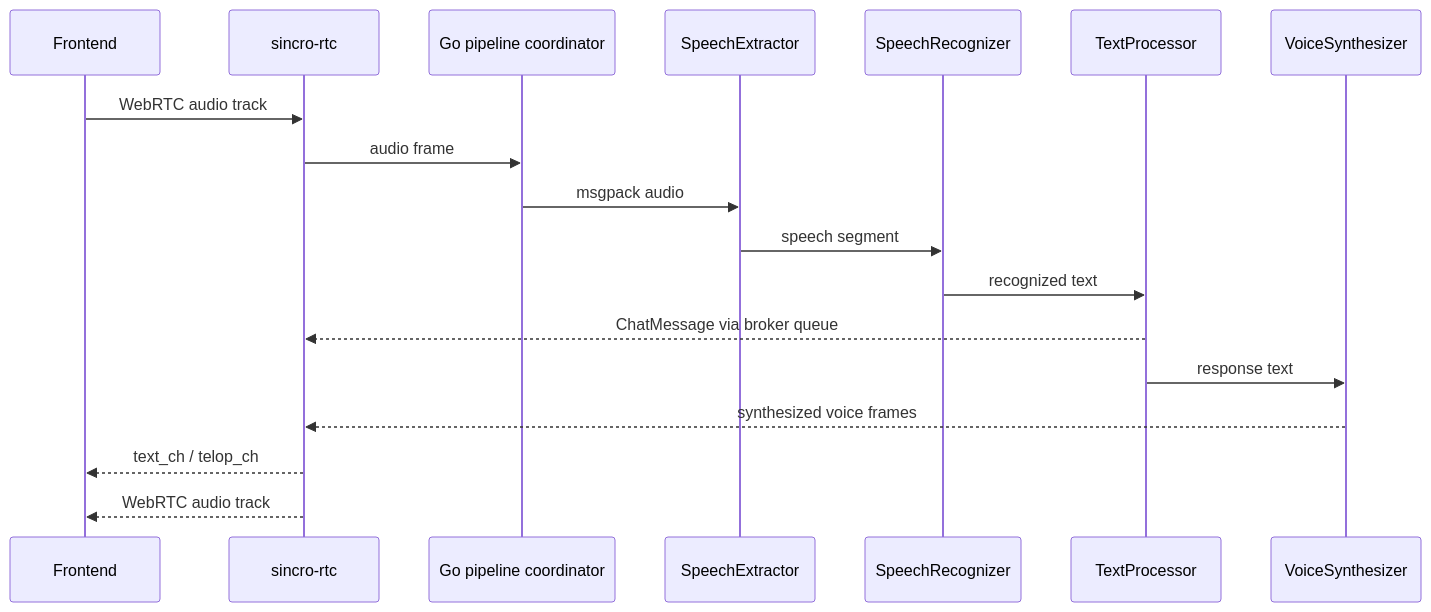
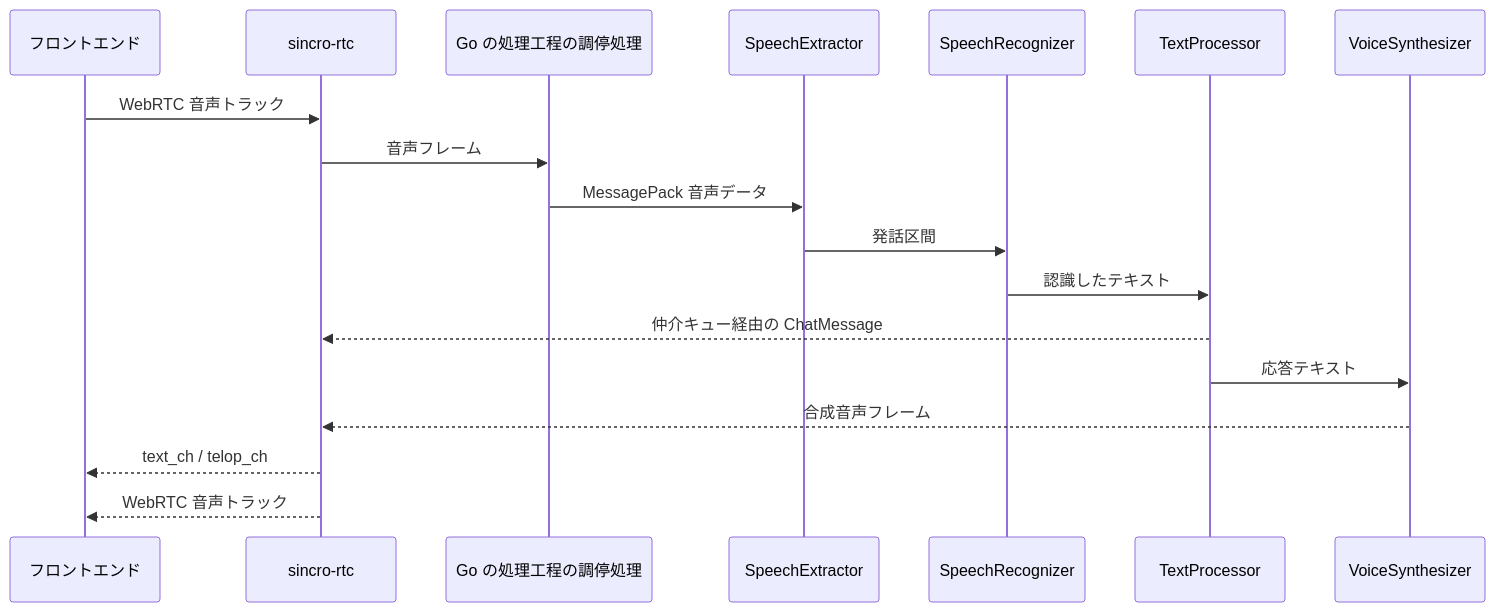
One commit to Sincromisor/Sincromisor changed the diagram in documents/design/architecture/runtime-flow.md. Above: the diagram before and after it, drawn with Mermaid. The commit also changed other lines of this file and 94 other files, not shown here.

````diff
--- a/documents/design/architecture/runtime-flow.md
+++ b/documents/design/architecture/runtime-flow.md
@@ -30,21 +30,21 @@
 ```mermaid
 sequenceDiagram
-    participant F as Frontend
+    participant F as フロントエンド
     participant R as sincro-rtc
-    participant B as Go pipeline coordinator
+    participant B as Go の処理工程の調停処理
     participant E as SpeechExtractor
     participant A as SpeechRecognizer
     participant T as TextProcessor
     participant V as VoiceSynthesizer
 
-    F->>R: WebRTC audio track
-    R->>B: audio frame
-    B->>E: msgpack audio
-    E->>A: speech segment
-    A->>T: recognized text
-    T-->>R: ChatMessage via broker queue
-    T->>V: response text
-    V-->>R: synthesized voice frames
+    F->>R: WebRTC 音声トラック
+    R->>B: 音声フレーム
+    B->>E: MessagePack 音声データ
+    E->>A: 発話区間
+    A->>T: 認識したテキスト
+    T-->>R: 仲介キュー経由の ChatMessage
+    T->>V: 応答テキスト
+    V-->>R: 合成音声フレーム
     R-->>F: text_ch / telop_ch
-    R-->>F: WebRTC audio track
+    R-->>F: WebRTC 音声トラック
 ```
````
